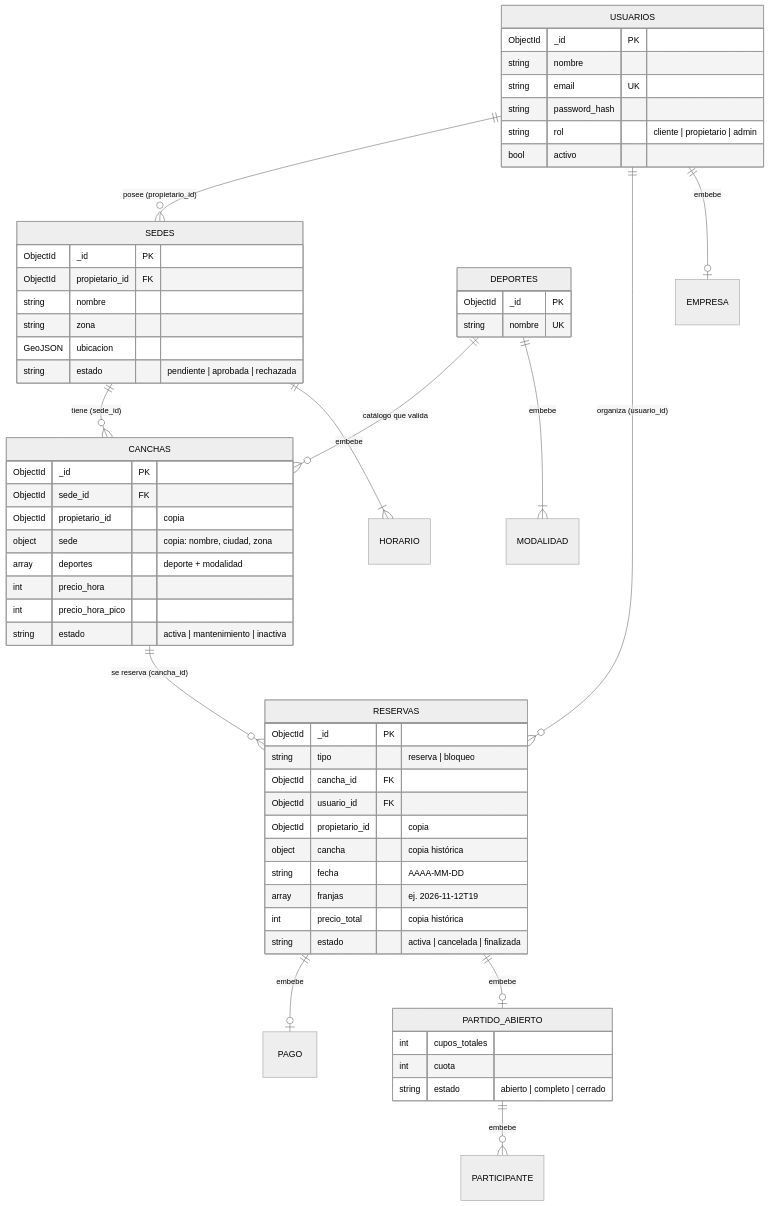
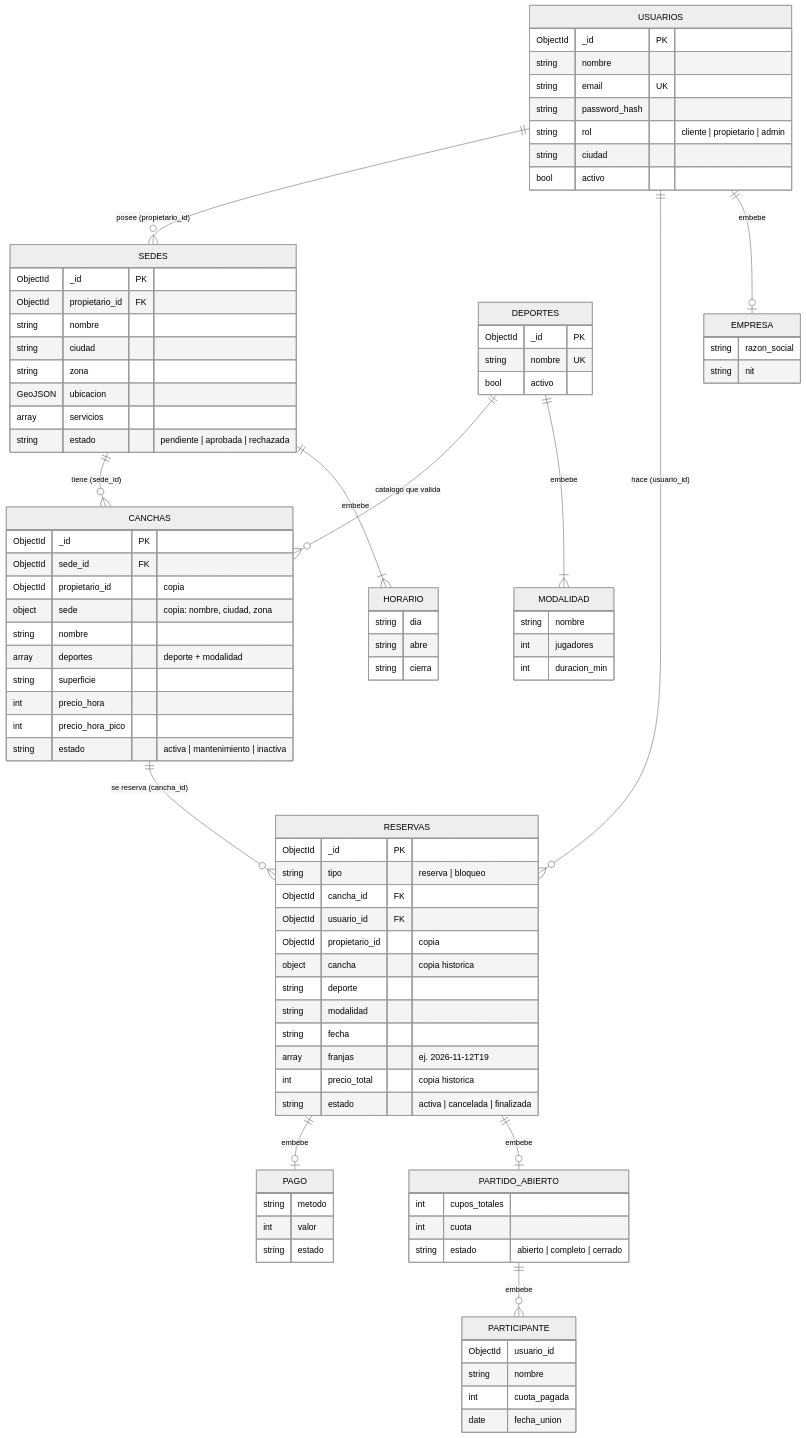
The second of 2 diagrams in docs/DocumentoTecnico.md (Juxn09/Parche), drawn with Mermaid (neutral theme) before and after one commit. The commit also changed other lines of this file and 1 other file, not shown here.

Commit message:
Documento tecnico: modelo de datos completo y evidencia E2
El diagrama del documento ahora es el mismo de ModeloDeDatos.md (con empresa, horario, modalidad y pago). Se agrega la captura de la validacion $jsonSchema.

````diff
--- a/docs/DocumentoTecnico.md
+++ b/docs/DocumentoTecnico.md
@@ -85,9 +85,9 @@
 erDiagram
     USUARIOS ||--o{ SEDES : "posee (propietario_id)"
     SEDES ||--o{ CANCHAS : "tiene (sede_id)"
-    USUARIOS ||--o{ RESERVAS : "organiza (usuario_id)"
+    USUARIOS ||--o{ RESERVAS : "hace (usuario_id)"
     CANCHAS ||--o{ RESERVAS : "se reserva (cancha_id)"
-    DEPORTES ||--o{ CANCHAS : "catálogo que valida"
+    DEPORTES ||--o{ CANCHAS : "catalogo que valida"
     USUARIOS ||--o| EMPRESA : "embebe"
     DEPORTES ||--|{ MODALIDAD : "embebe"
     SEDES ||--|{ HORARIO : "embebe"
@@ -101,22 +101,46 @@
         string email UK
         string password_hash
         string rol "cliente | propietario | admin"
+        string ciudad
         bool activo
+    }
+    EMPRESA {
+        string razon_social
+        string nit
+    }
+    DEPORTES {
+        ObjectId _id PK
+        string nombre UK
+        bool activo
+    }
+    MODALIDAD {
+        string nombre
+        int jugadores
+        int duracion_min
     }
     SEDES {
         ObjectId _id PK
         ObjectId propietario_id FK
         string nombre
+        string ciudad
         string zona
         GeoJSON ubicacion
+        array servicios
         string estado "pendiente | aprobada | rechazada"
+    }
+    HORARIO {
+        string dia
+        string abre
+        string cierra
     }
     CANCHAS {
         ObjectId _id PK
         ObjectId sede_id FK
         ObjectId propietario_id "copia"
         object sede "copia: nombre, ciudad, zona"
+        string nombre
         array deportes "deporte + modalidad"
+        string superficie
         int precio_hora
         int precio_hora_pico
         string estado "activa | mantenimiento | inactiva"
@@ -127,19 +151,28 @@
         ObjectId cancha_id FK
         ObjectId usuario_id FK
         ObjectId propietario_id "copia"
-        object cancha "copia histórica"
-        string fecha "AAAA-MM-DD"
+        object cancha "copia historica"
+        string deporte
+        string modalidad
+        string fecha
         array franjas "ej. 2026-11-12T19"
-        int precio_total "copia histórica"
+        int precio_total "copia historica"
         string estado "activa | cancelada | finalizada"
     }
-    DEPORTES {
-        ObjectId _id PK
-        string nombre UK
+    PAGO {
+        string metodo
+        int valor
+        string estado
     }
     PARTIDO_ABIERTO {
         int cupos_totales
         int cuota
         string estado "abierto | completo | cerrado"
     }
+    PARTICIPANTE {
+        ObjectId usuario_id
+        string nombre
+        int cuota_pagada
+        date fecha_union
+    }
 ```
````
